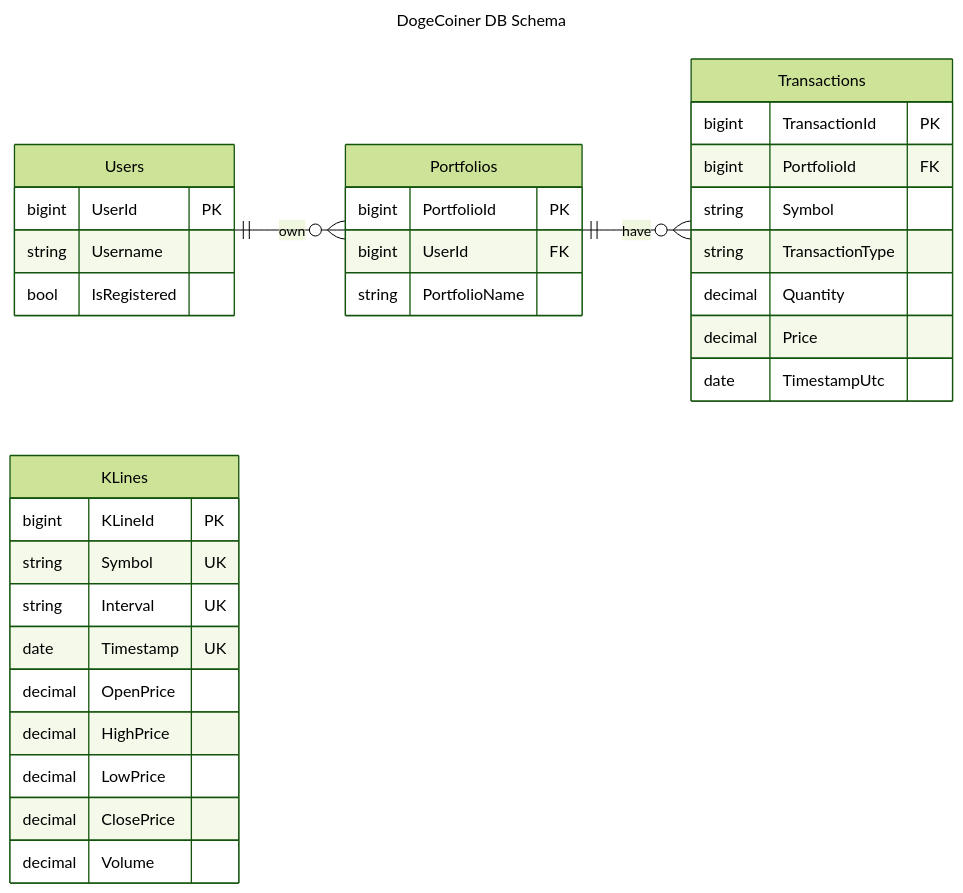
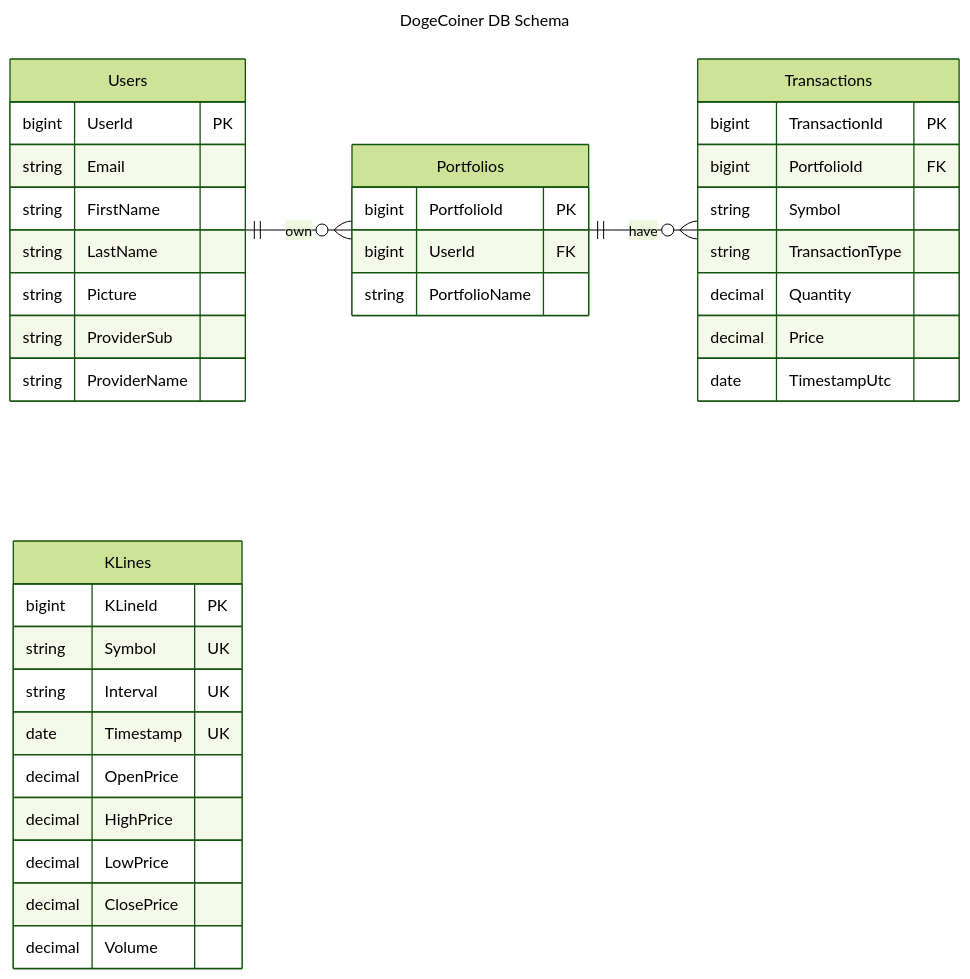
One commit to abardandev/dogecoiner-db changed the diagram in README.md. Above: the diagram before and after it, drawn with Mermaid (forest theme).

````diff
--- a/README.md
+++ b/README.md
@@ -18,39 +18,43 @@
 ```mermaid
 ---
 title: DogeCoiner DB Schema
 ---
 erDiagram
     direction LR
     Users {
         bigint UserId PK
-        string Username
-        bool IsRegistered
+        string Email
+        string FirstName
+        string LastName
+        string Picture
+        string ProviderSub
+        string ProviderName
     }
     Portfolios {
         bigint PortfolioId PK
         bigint UserId FK
         string PortfolioName
     }
     Transactions {
         bigint TransactionId PK
         bigint PortfolioId FK
         string Symbol
         string TransactionType
         decimal Quantity
         decimal Price
         date TimestampUtc
     }
     KLines[KLines] {
         bigint KLineId PK
         string Symbol UK
         string Interval UK
         date Timestamp UK
         decimal OpenPrice
         decimal HighPrice
         decimal LowPrice
         decimal ClosePrice
         decimal Volume
     }
     Users ||--o{ Portfolios : own
     Portfolios ||--o{ Transactions : have
 ```
````
